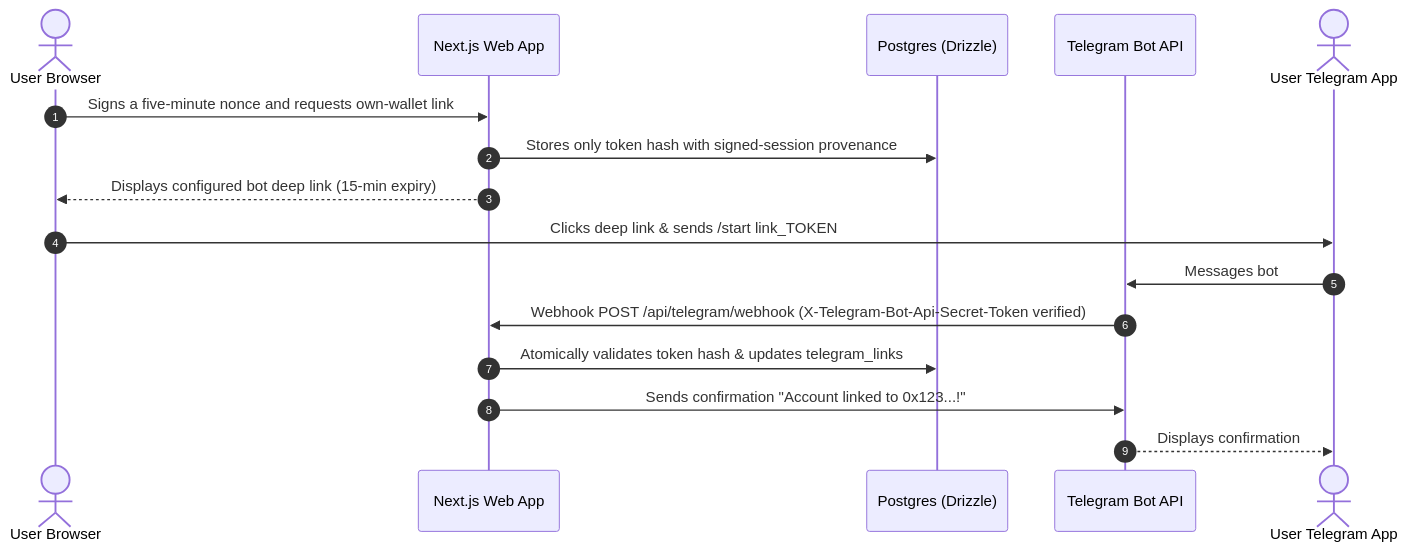
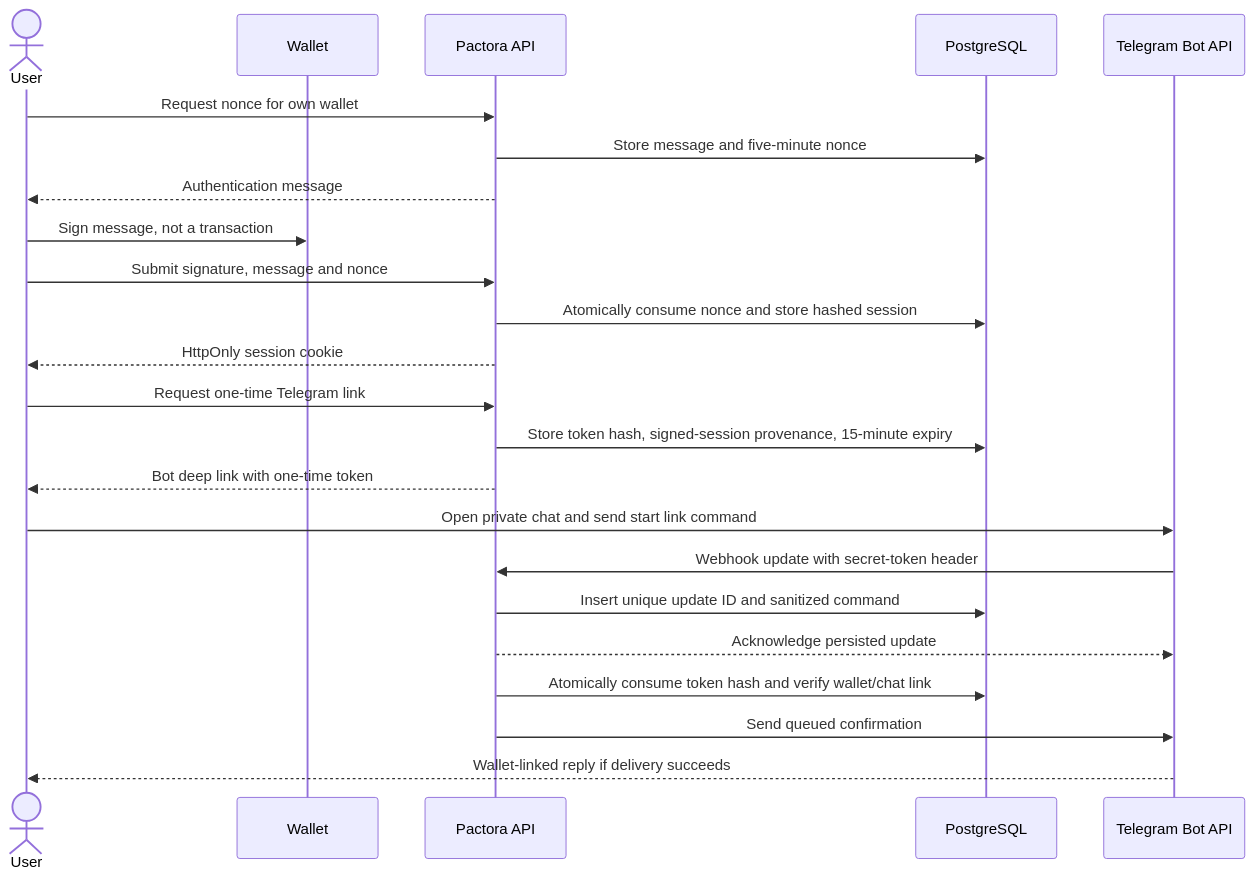
The fourth of 4 diagrams in docs/architecture.md (milesdevx/Pactora), drawn with Mermaid before and after one commit. The commit also changed other lines of this file and 1 other file, not shown here.

Commit message:
docs: document verified V2 architecture and security

````diff
--- a/docs/architecture.md
+++ b/docs/architecture.md
@@ -111,19 +132,25 @@
 ```mermaid
 sequenceDiagram
-    autonumber
-    actor User as User Browser
-    participant App as Next.js Web App
-    participant DB as Postgres (Drizzle)
+    actor User
+    participant Wallet
+    participant API as Pactora API
+    participant DB as PostgreSQL
     participant TG as Telegram Bot API
-    actor Device as User Telegram App
-
-    User->>App: Signs a five-minute nonce and requests own-wallet link
-    App->>DB: Stores only token hash with signed-session provenance
-    App-->>User: Displays configured bot deep link (15-min expiry)
-    User->>Device: Clicks deep link & sends /start link_TOKEN
-    Device->>TG: Messages bot
-    TG->>App: Webhook POST /api/telegram/webhook (X-Telegram-Bot-Api-Secret-Token verified)
-    App->>DB: Atomically validates token hash & updates telegram_links
-    App->>TG: Sends confirmation "Account linked to 0x123...!"
-    TG-->>Device: Displays confirmation
+    User->>API: Request nonce for own wallet
+    API->>DB: Store message and five-minute nonce
+    API-->>User: Authentication message
+    User->>Wallet: Sign message, not a transaction
+    User->>API: Submit signature, message and nonce
+    API->>DB: Atomically consume nonce and store hashed session
+    API-->>User: HttpOnly session cookie
+    User->>API: Request one-time Telegram link
+    API->>DB: Store token hash, signed-session provenance, 15-minute expiry
+    API-->>User: Bot deep link with one-time token
+    User->>TG: Open private chat and send start link command
+    TG->>API: Webhook update with secret-token header
+    API->>DB: Insert unique update ID and sanitized command
+    API-->>TG: Acknowledge persisted update
+    API->>DB: Atomically consume token hash and verify wallet/chat link
+    API->>TG: Send queued confirmation
+    TG-->>User: Wallet-linked reply if delivery succeeds
 ```
````
